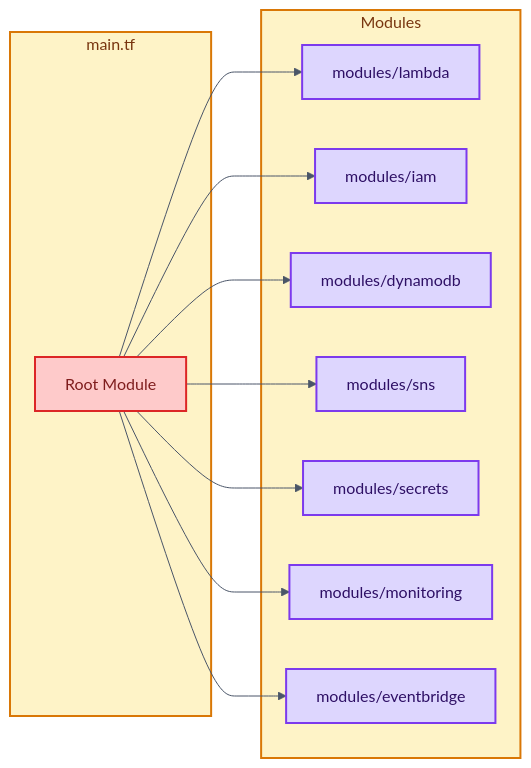
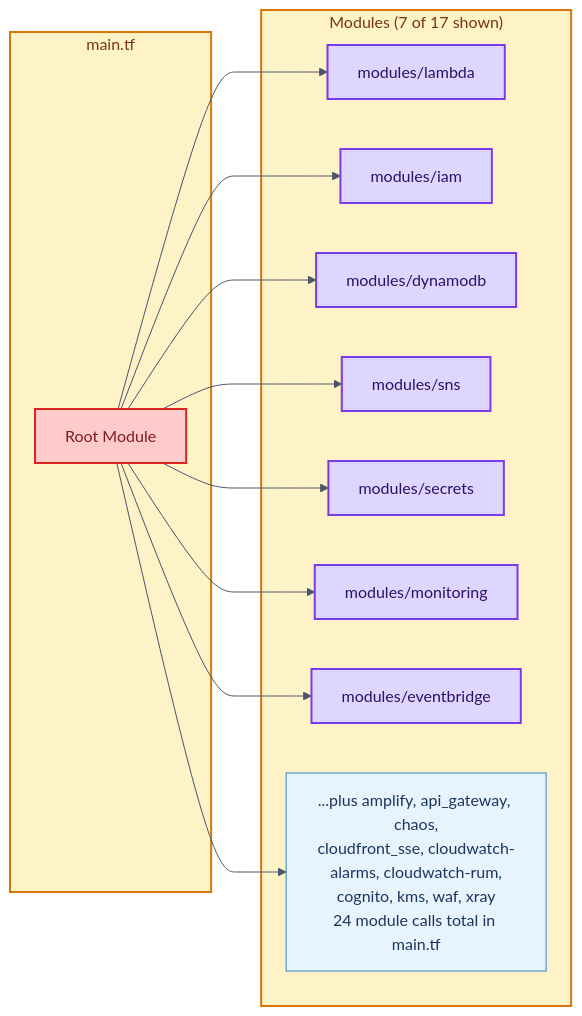
The seventh of 9 diagrams in docs/deployment/TERRAFORM_DEPLOYMENT_FLOW.md (traylorre/sentiment-analyzer-gsk), drawn with Mermaid before and after one commit. The commit also changed other lines of this file and 96 other files, not shown here.

````diff
--- a/docs/deployment/TERRAFORM_DEPLOYMENT_FLOW.md
+++ b/docs/deployment/TERRAFORM_DEPLOYMENT_FLOW.md
@@ -295,33 +293,35 @@
 ```mermaid
 %%{init: {'theme': 'base', 'themeVariables': {'primaryColor': '#e8f4fd', 'primaryTextColor': '#1a365d', 'primaryBorderColor': '#3182ce', 'lineColor': '#4a5568'}}}%%
 graph LR
     subgraph MainTF["main.tf"]
         A[Root Module]
     end
 
-    subgraph Modules["Modules"]
+    subgraph Modules["Modules (7 of 17 shown)"]
         B[modules/lambda]
         C[modules/iam]
         D[modules/dynamodb]
         E[modules/sns]
         F[modules/secrets]
         G[modules/monitoring]
         H[modules/eventbridge]
+        I2[...plus amplify, api_gateway, chaos,<br/>cloudfront_sse, cloudwatch-alarms, cloudwatch-rum,<br/>cognito, kms, waf, xray<br/>24 module calls total in main.tf]
     end
 
     A --> B
     A --> C
     A --> D
     A --> E
     A --> F
     A --> G
     A --> H
+    A --> I2
 
     classDef stageBox fill:#fef3c7,stroke:#d97706,stroke-width:2px,color:#78350f
     classDef rootModule fill:#fecaca,stroke:#dc2626,stroke-width:2px,color:#7f1d1d
     classDef childModule fill:#ddd6fe,stroke:#7c3aed,stroke-width:2px,color:#2e1065
 
     class MainTF,Modules stageBox
     class A rootModule
     class B,C,D,E,F,G,H childModule
 ```
````
